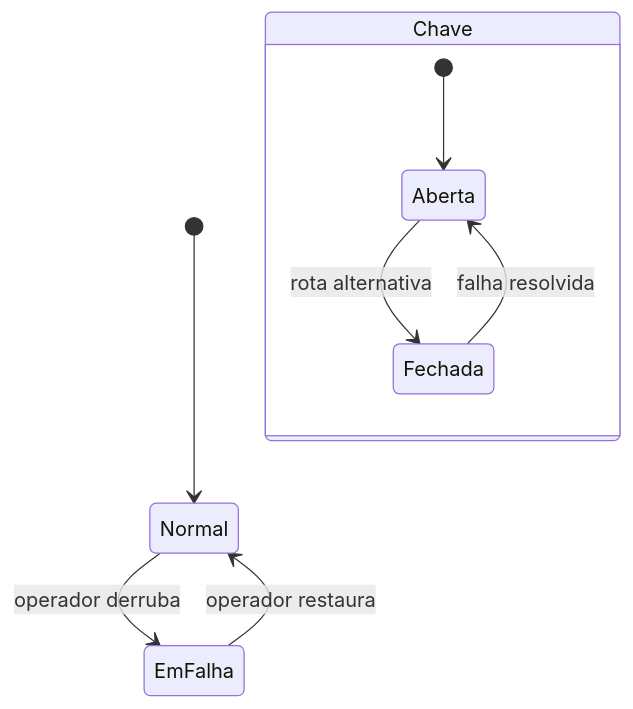
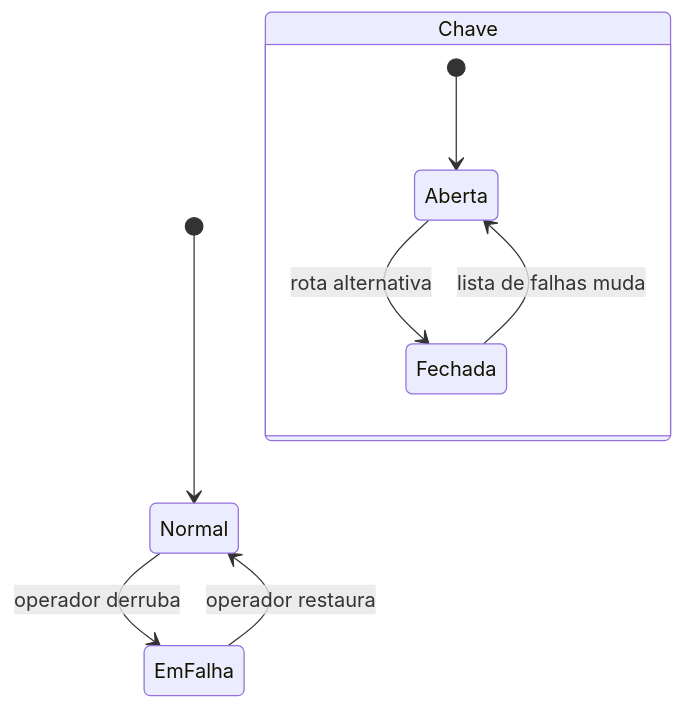
Before and after one commit to catmaitachi/remg: the fourth of 4 diagrams in docs/spec/03-modelagem.md, drawn with Mermaid. The commit also changed other lines of this file and 12 other files, not shown here.

Commit message:
docs: diagramas finais nos tokens da tela

````diff
--- a/docs/spec/03-modelagem.md
+++ b/docs/spec/03-modelagem.md
@@ -195,11 +212,11 @@
 ```mermaid
 stateDiagram-v2
     [*] --> Normal
     Normal --> EmFalha: operador derruba
     EmFalha --> Normal: operador restaura
     state Chave {
         [*] --> Aberta
         Aberta --> Fechada: rota alternativa
-        Fechada --> Aberta: falha resolvida
+        Fechada --> Aberta: lista de falhas muda
     }
 ```
````
